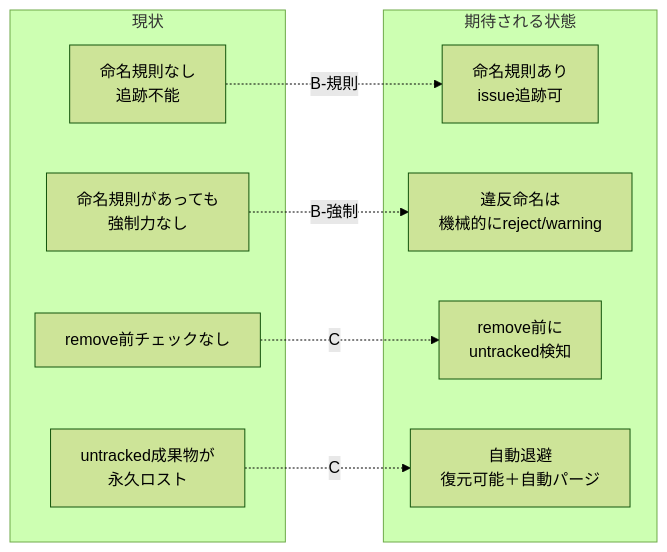
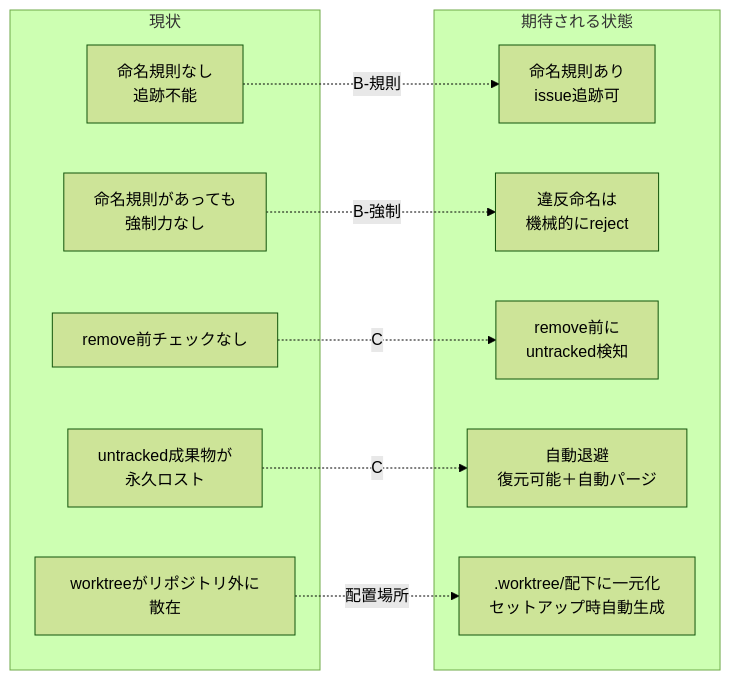
One commit to techbeansjp-free/AGENTS.md changed the second of 2 diagrams in docs/maintainer/workflow/20260716_013937_worktree運用規律/00_要求定義.md. Above: the diagram before and after it, drawn with Mermaid (forest theme). The commit also changed other lines of this file and 1 other file, not shown here.

First line of the commit message:
docs: worktree運用規律 残課題3点に回答+.worktree/配置の新規要件を反映

````diff
--- a/docs/maintainer/workflow/20260716_013937_worktree運用規律/00_要求定義.md
+++ b/docs/maintainer/workflow/20260716_013937_worktree運用規律/00_要求定義.md
@@ -93,21 +98,24 @@
 ```mermaid
 flowchart LR
     subgraph 現状["現状"]
         A1[命名規則なし<br/>追跡不能]
         A0[命名規則があっても<br/>強制力なし]
         A2[remove前チェックなし]
         A3[untracked成果物が<br/>永久ロスト]
+        A4[worktreeがリポジトリ外に散在]
     end
 
     subgraph 期待される状態["期待される状態"]
         B1[命名規則あり<br/>issue追跡可]
-        B0[違反命名は<br/>機械的にreject/warning]
+        B0[違反命名は<br/>機械的にreject]
         B2[remove前に<br/>untracked検知]
         B3[自動退避<br/>復元可能＋自動パージ]
+        B4[.worktree/配下に一元化<br/>セットアップ時自動生成]
     end
 
     A1 -.->|B-規則| B1
     A0 -.->|B-強制| B0
     A2 -.->|C| B2
     A3 -.->|C| B3
+    A4 -.->|配置場所| B4
 ```
````
